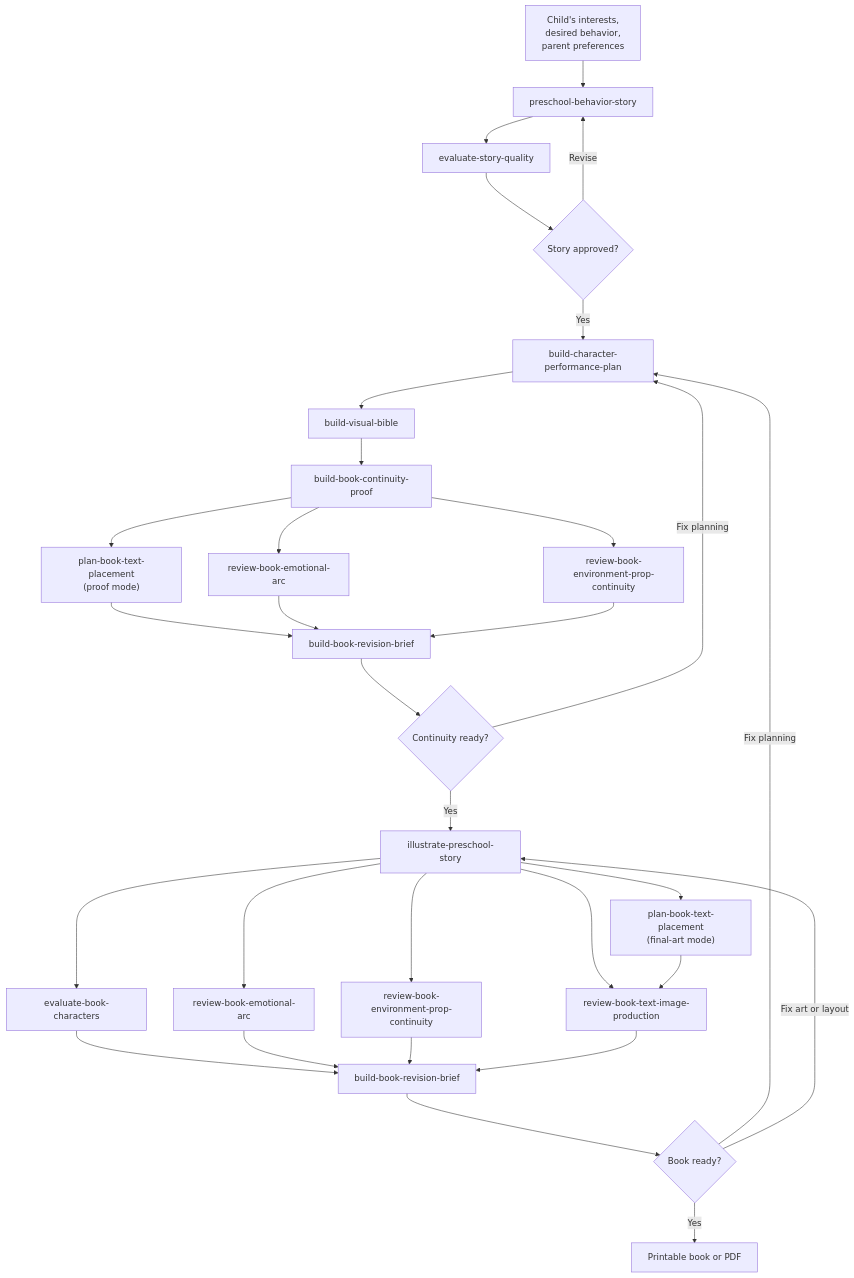
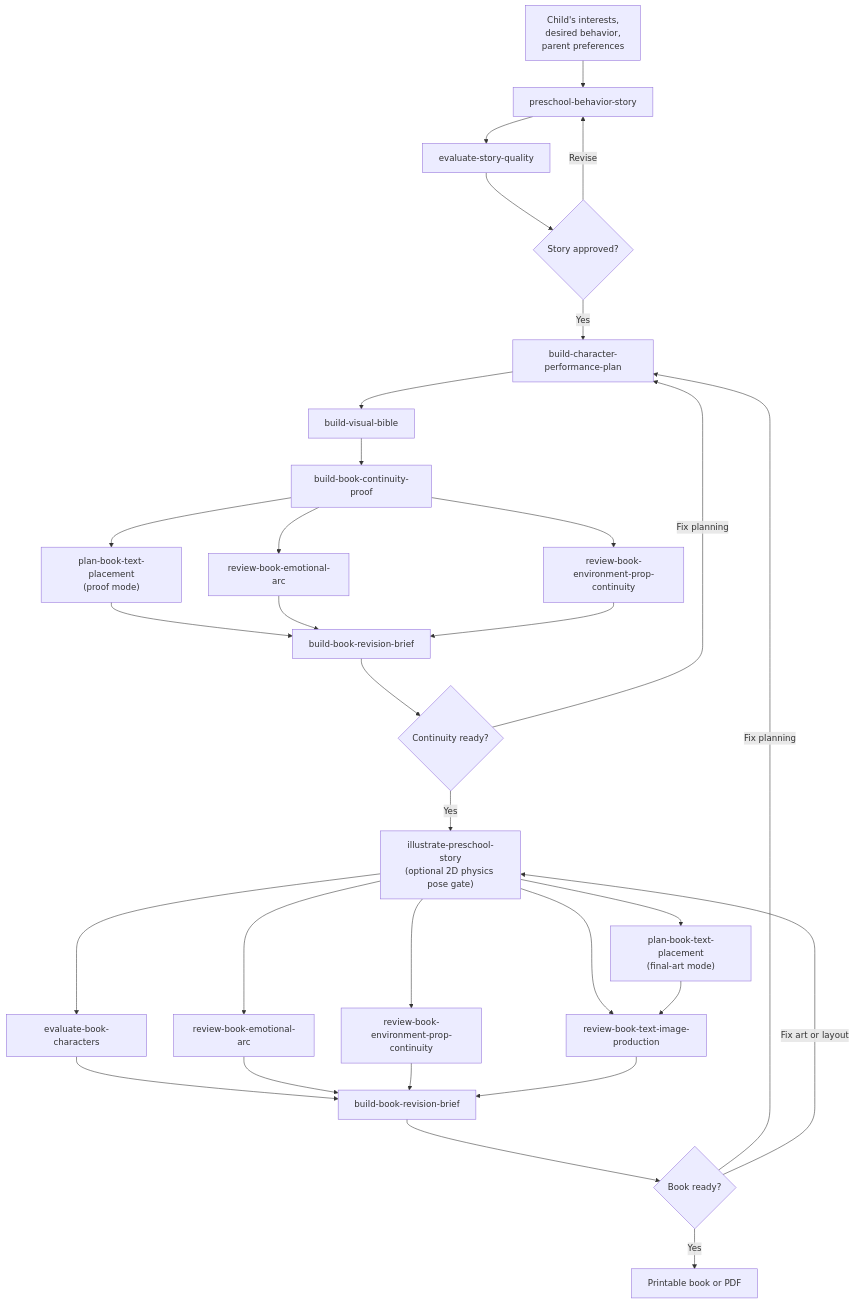
Before and after one commit to bhadrip/kids-book-gen: the diagram in .agents/skills/README.md, drawn with Mermaid. The commit also changed 29 other files, not shown here.

````diff
--- a/.agents/skills/README.md
+++ b/.agents/skills/README.md
@@ -7,39 +7,39 @@
 ```mermaid
 flowchart TB
     Idea["Child's interests,<br/>desired behavior,<br/>parent preferences"]
 
     Idea --> Story["preschool-behavior-story"]
     Story --> StoryReview["evaluate-story-quality"]
     StoryReview --> StoryGate{"Story approved?"}
     StoryGate -->|Revise| Story
     StoryGate -->|Yes| Performance["build-character-performance-plan"]
 
     Performance --> Bible["build-visual-bible"]
     Bible --> Proof["build-book-continuity-proof"]
 
     Proof --> Placement["plan-book-text-placement<br/>(proof mode)"]
     Proof --> ProofEmotion["review-book-emotional-arc"]
     Proof --> ProofProps["review-book-environment-prop-continuity"]
     Placement --> ProofBrief["build-book-revision-brief"]
     ProofEmotion --> ProofBrief["build-book-revision-brief"]
     ProofProps --> ProofBrief
     ProofBrief --> ContinuityGate{"Continuity ready?"}
     ContinuityGate -->|Fix planning| Performance
-    ContinuityGate -->|Yes| Illustrate["illustrate-preschool-story"]
+    ContinuityGate -->|Yes| Illustrate["illustrate-preschool-story<br/>(optional 2D physics pose gate)"]
 
     Illustrate --> FinalPlacement["plan-book-text-placement<br/>(final-art mode)"]
     Illustrate --> CharacterReview["evaluate-book-characters"]
     Illustrate --> FinalEmotion["review-book-emotional-arc"]
     Illustrate --> FinalProps["review-book-environment-prop-continuity"]
     Illustrate --> ProductionReview["review-book-text-image-production"]
 
     CharacterReview --> FinalBrief["build-book-revision-brief"]
     FinalEmotion --> FinalBrief
     FinalProps --> FinalBrief
     FinalPlacement --> ProductionReview
     ProductionReview --> FinalBrief
     FinalBrief --> FinalGate{"Book ready?"}
     FinalGate -->|Fix planning| Performance
     FinalGate -->|Fix art or layout| Illustrate
     FinalGate -->|Yes| Book["Printable book or PDF"]
 ```
````
